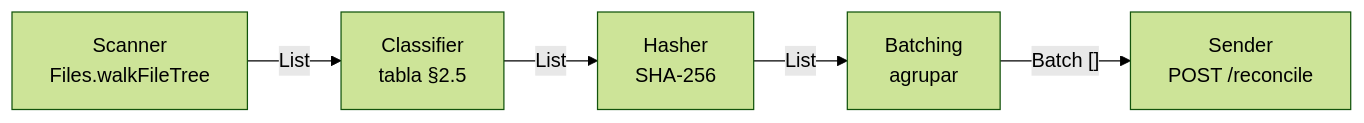
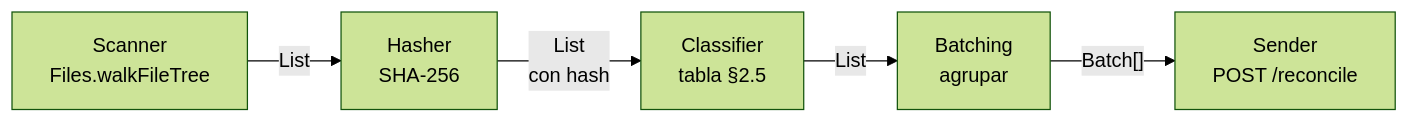
The third of 5 diagrams in docs/agent.md (GIT-Marcos/biblocat), drawn with Mermaid (forest theme) before and after one commit. The commit also changed other lines of this file and 11 other files, not shown here.

````diff
--- a/docs/agent.md
+++ b/docs/agent.md
@@ -513,7 +532,7 @@
 ```mermaid
 flowchart LR
-    A[Scanner<br/>Files.walkFileTree] -->|List<Path>| B[Classifier<br/>tabla §2.5]
-B -->|List<Operation>|C[Hasher<br/>SHA-256]
+    A[Scanner<br/>Files.walkFileTree] -->|List<NormalizedPath>| B[Hasher<br/>SHA-256]
+    B -->|List<NormalizedPath><br/>con hash| C[Classifier<br/>tabla §2.5]
 C -->|List<Operation>|D[Batching<br/>agrupar]
-D -->|" Batch [] "|E[Sender<br/>POST /reconcile]
+D -->|" Batch[] "| E[Sender<br/>POST /reconcile]
 ```
````
